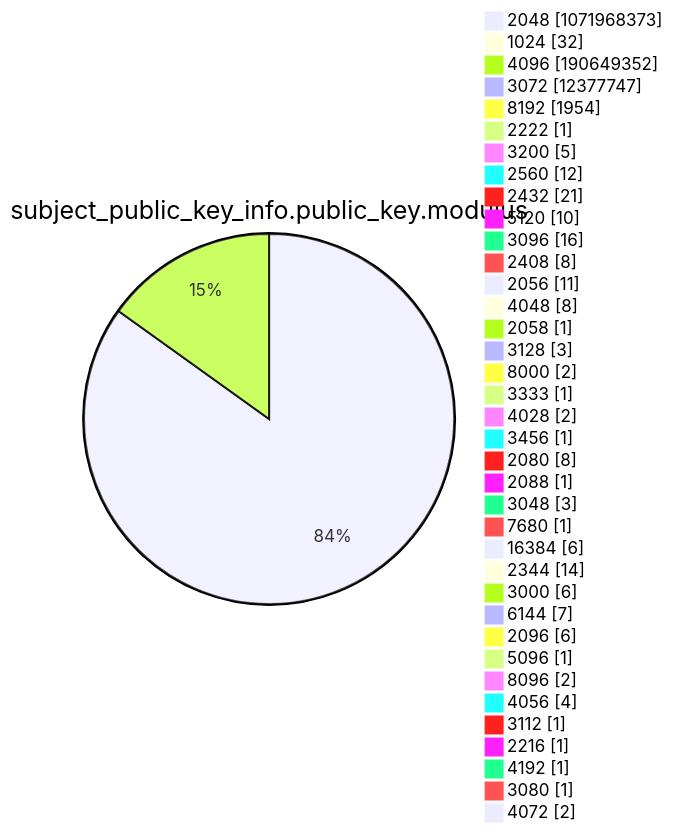
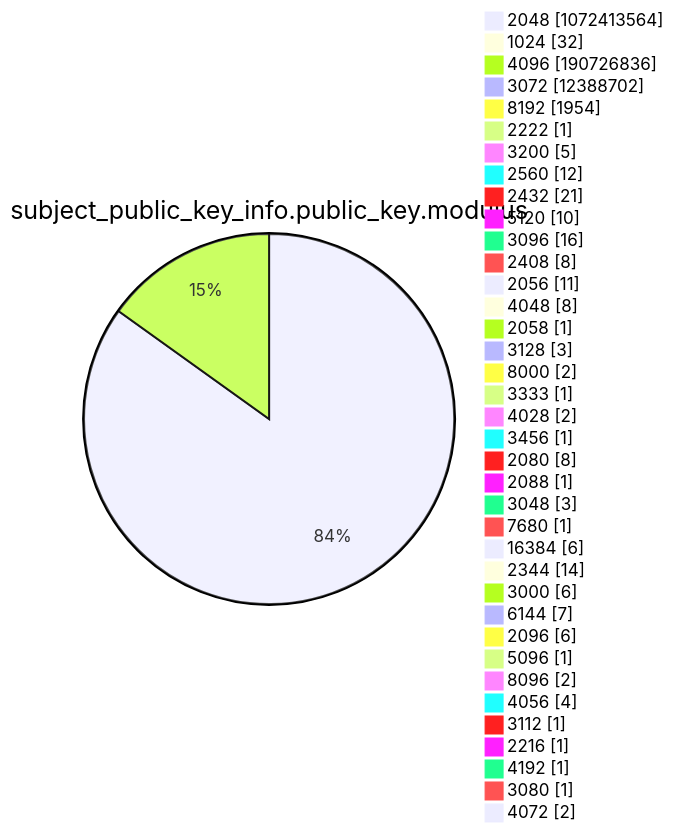
One commit to christiankrug/ctmonitor_visualization changed diagram 13 of 15 in argon2022/README.md. Above: the diagram before and after it, drawn with Mermaid. The commit also changed other lines of this file, not shown here.

````diff
--- a/argon2022/README.md
+++ b/argon2022/README.md
@@ -3589,41 +3589,41 @@
 ```mermaid
 pie showData
 title subject_public_key_info.public_key.modulus
-"2048" :1071968373
+"2048" :1072413564
 "1024" :32
-"4096" :190649352
-"3072" :12377747
+"4096" :190726836
+"3072" :12388702
 "8192" :1954
 "2222" :1
 "3200" :5
 "2560" :12
 "2432" :21
 "5120" :10
 "3096" :16
 "2408" :8
 "2056" :11
 "4048" :8
 "2058" :1
 "3128" :3
 "8000" :2
 "3333" :1
 "4028" :2
 "3456" :1
 "2080" :8
 "2088" :1
 "3048" :3
 "7680" :1
 "16384" :6
 "2344" :14
 "3000" :6
 "6144" :7
 "2096" :6
 "5096" :1
 "8096" :2
 "4056" :4
 "3112" :1
 "2216" :1
 "4192" :1
 "3080" :1
 "4072" :2
 ```
````
